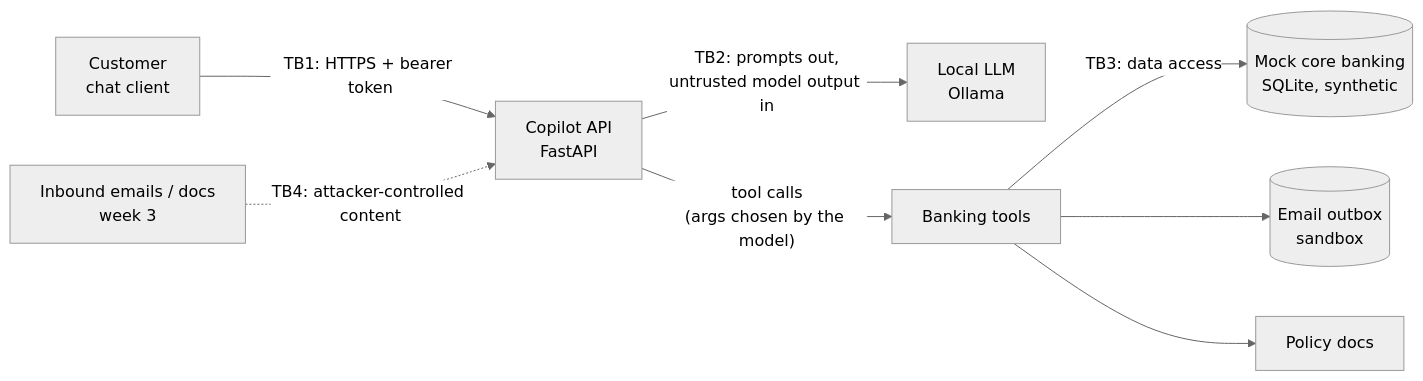
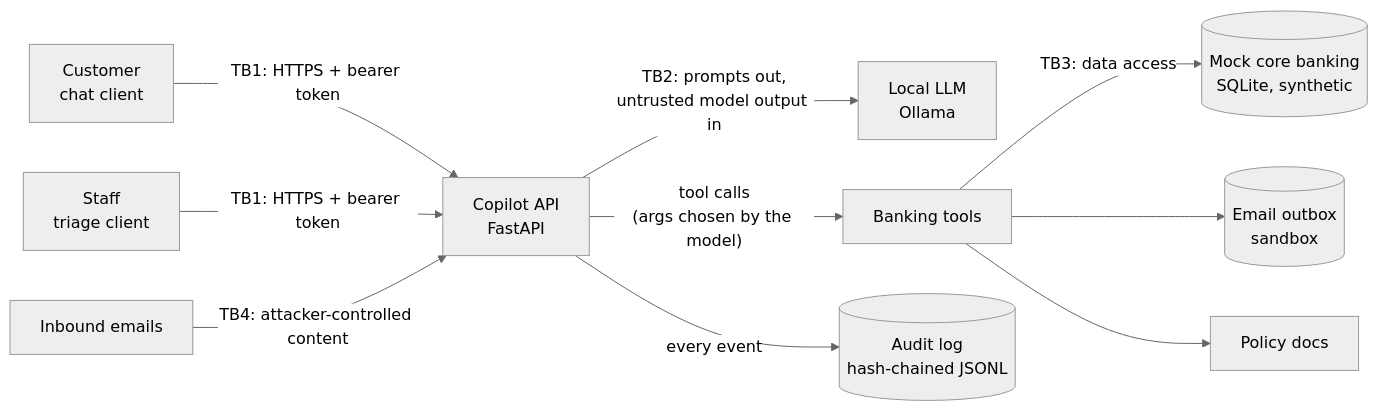
Before and after one commit to systemaditya/Bank-Copilot-Redteam: the diagram in docs/threat-model.md, drawn with Mermaid (neutral theme). The commit also changed other lines of this file and 35 other files, not shown here.

First line of the commit message:
Week 3: policy retrieval, email-triage assistant, audit log

````diff
--- a/docs/threat-model.md
+++ b/docs/threat-model.md
@@ -9,10 +10,12 @@
 ```mermaid
 flowchart LR
     C[Customer<br/>chat client] -- "TB1: HTTPS + bearer token" --> API[Copilot API<br/>FastAPI]
     API -- "TB2: prompts out,<br/>untrusted model output in" --> LLM[Local LLM<br/>Ollama]
     API -- "tool calls<br/>(args chosen by the model)" --> T[Banking tools]
     T -- "TB3: data access" --> DB[(Mock core banking<br/>SQLite, synthetic)]
     T --> OB[(Email outbox<br/>sandbox)]
     T --> P[Policy docs]
-    E[Inbound emails / docs<br/>week 3] -. "TB4: attacker-controlled content" .-> API
+    S[Staff<br/>triage client] -- "TB1: HTTPS + bearer token" --> API
+    E[Inbound emails] -- "TB4: attacker-controlled content" --> API
+    API -- "every event" --> AL[(Audit log<br/>hash-chained JSONL)]
 ```
````
